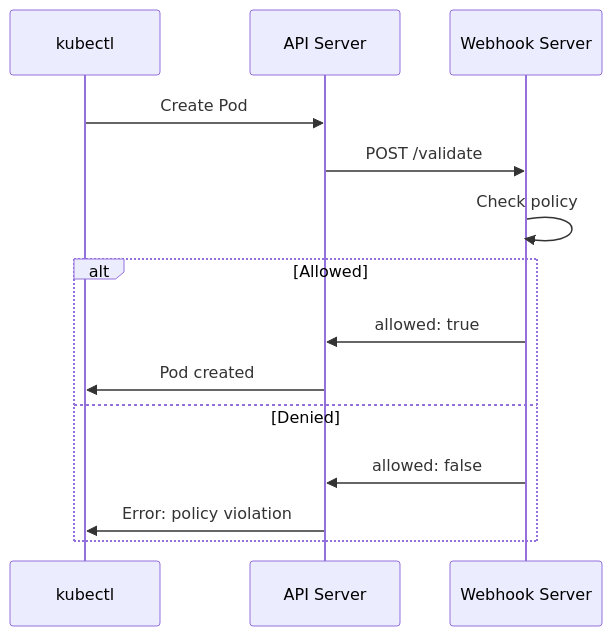
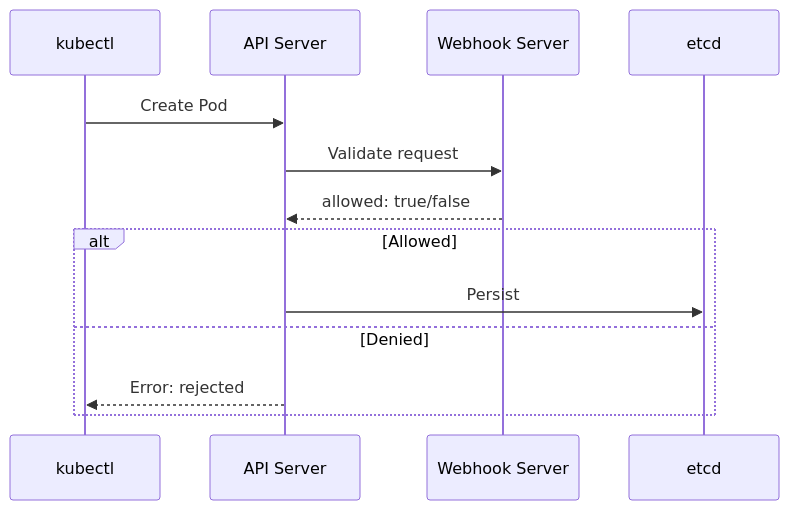
One commit to courselabs/kubernetes changed the third of 8 diagrams in slides/admission/slides.md. Above: the diagram before and after it, drawn with Mermaid. The commit also changed other lines of this file and 7 other files, not shown here.

````diff
--- a/slides/admission/slides.md
+++ b/slides/admission/slides.md
@@ -139,16 +184,16 @@
 ```mermaid
 sequenceDiagram
     participant K as kubectl
     participant A as API Server
     participant W as Webhook Server
+    participant E as etcd
+
     K->>A: Create Pod
-    A->>W: POST /validate
-    W->>W: Check policy
+    A->>W: Validate request
+    W-->>A: allowed: true/false
     alt Allowed
-        W->>A: allowed: true
-        A->>K: Pod created
+        A->>E: Persist
     else Denied
-        W->>A: allowed: false
-        A->>K: Error: policy violation
+        A-->>K: Error: rejected
     end
 ```
````
